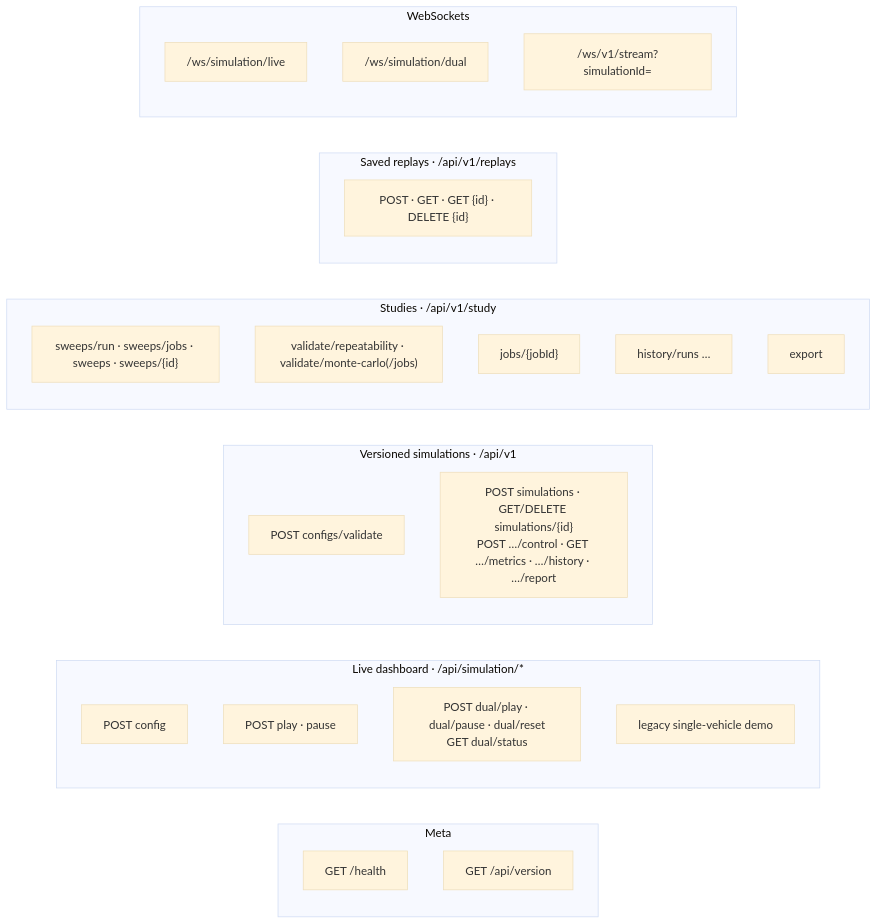
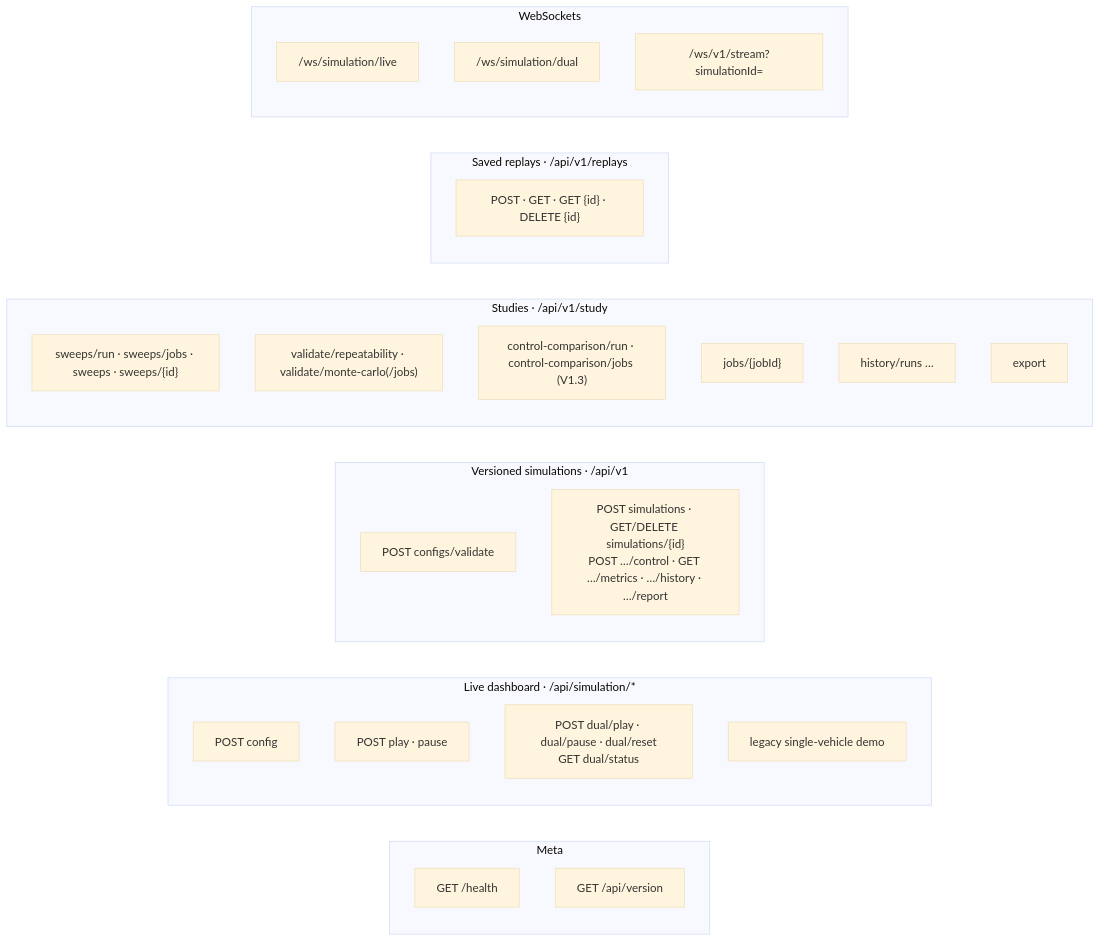
Before and after one commit to Viraj281105/Traffic-Simulation: the first of 3 diagrams in docs/api/README.md, drawn with Mermaid (base theme). The commit also changed other lines of this file and 50 other files, not shown here.

````diff
--- a/docs/api/README.md
+++ b/docs/api/README.md
@@ -45,32 +45,33 @@
 ```mermaid
 flowchart LR
     subgraph Meta
         H["GET /health"]
         VER["GET /api/version"]
     end
     subgraph Live["Live dashboard · /api/simulation/*"]
         CFG["POST config"]
         PLAY["POST play · pause"]
         DUAL["POST dual/play · dual/pause · dual/reset<br/>GET dual/status"]
         LEG["legacy single-vehicle demo"]
     end
     subgraph V1["Versioned simulations · /api/v1"]
         VAL["POST configs/validate"]
         SIM["POST simulations · GET/DELETE simulations/{id}<br/>POST …/control · GET …/metrics · …/history · …/report"]
     end
     subgraph Study["Studies · /api/v1/study"]
         SW["sweeps/run · sweeps/jobs · sweeps · sweeps/{id}"]
         VALD["validate/repeatability · validate/monte-carlo(/jobs)"]
+        CC["control-comparison/run · control-comparison/jobs (V1.3)"]
         JOB["jobs/{jobId}"]
         HIST["history/runs …"]
         EXP["export"]
     end
     subgraph Saved["Saved replays · /api/v1/replays"]
         REP["POST · GET · GET {id} · DELETE {id}"]
     end
     subgraph WS["WebSockets"]
         W1["/ws/simulation/live"]
         W2["/ws/simulation/dual"]
         W3["/ws/v1/stream?simulationId="]
     end
 ```
````
